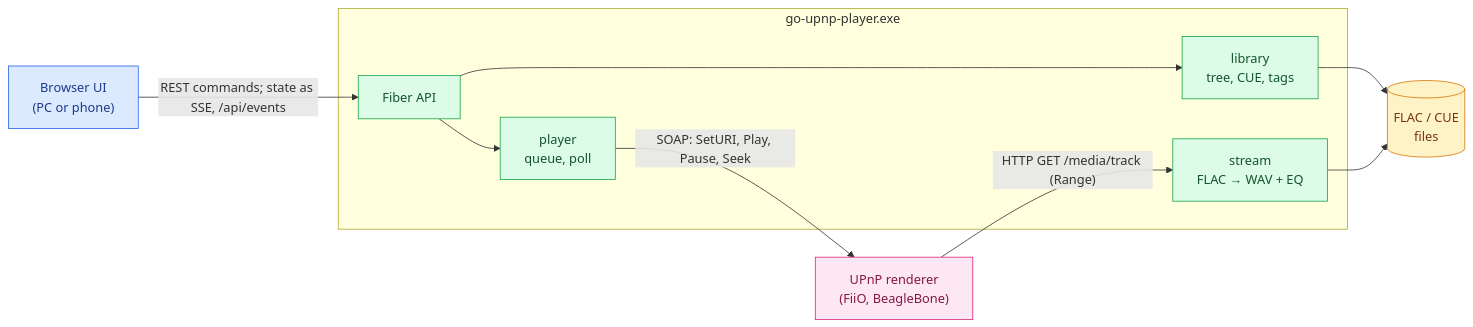
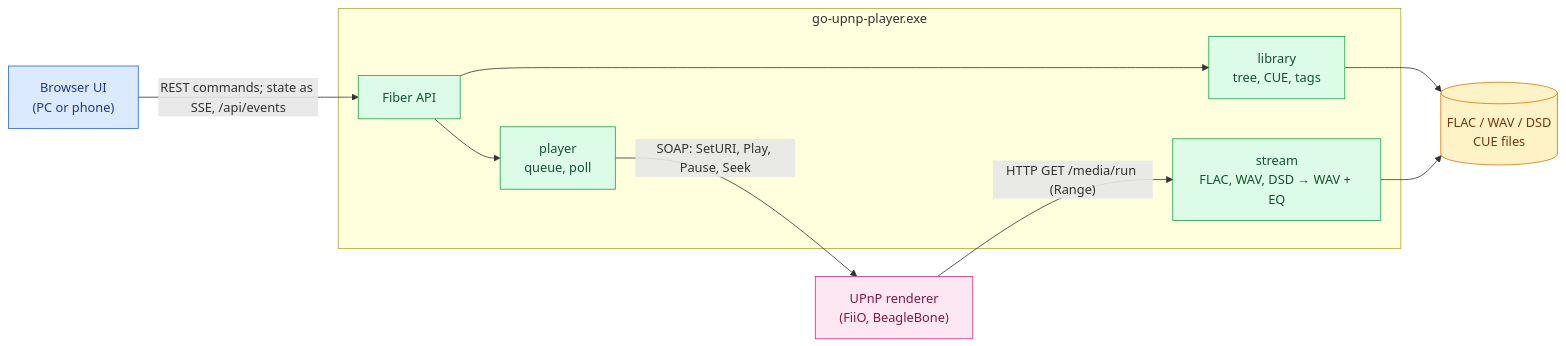
Before and after one commit to panedrone/go-upnp-player: the first of 2 diagrams in docs/go-upnp-player-sad.md, drawn with Mermaid. The commit also changed other lines of this file and 25 other files, not shown here.

Commit message:
WAV files and WAV images with CUE sheets, read as they are; the sample path by format as a diagram in the SAD, version 1.1.42

````diff
--- a/docs/go-upnp-player-sad.md
+++ b/docs/go-upnp-player-sad.md
@@ -13,29 +13,29 @@
 ```mermaid
 flowchart LR
     UI["Browser UI<br/>(PC or phone)"]
     subgraph APP["go-upnp-player.exe"]
         API["Fiber API"]
         PL["player<br/>queue, poll"]
         LIB["library<br/>tree, CUE, tags"]
-        ST["stream<br/>FLAC → WAV + EQ"]
+        ST["stream<br/>FLAC, WAV, DSD → WAV + EQ"]
     end
-    FILES[("FLAC / CUE<br/>files")]
+    FILES[("FLAC / WAV / DSD<br/>CUE files")]
     R["UPnP renderer<br/>(FiiO, BeagleBone)"]
 
     UI -- "REST commands; state as SSE, /api/events" --> API
     API --> PL
     API --> LIB
     LIB --> FILES
     ST --> FILES
     PL -- "SOAP: SetURI, Play, Pause, Seek" --> R
-    R -- "HTTP GET /media/track (Range)" --> ST
+    R -- "HTTP GET /media/run (Range)" --> ST
 
     classDef ui fill:#dbeafe,stroke:#2563eb,color:#1e3a8a
     classDef app fill:#dcfce7,stroke:#16a34a,color:#14532d
     classDef data fill:#fef3c7,stroke:#d97706,color:#78350f
     classDef dev fill:#fce7f3,stroke:#db2777,color:#831843
     class UI ui
     class API,PL,LIB,ST app
     class FILES data
     class R dev
 ```
````
